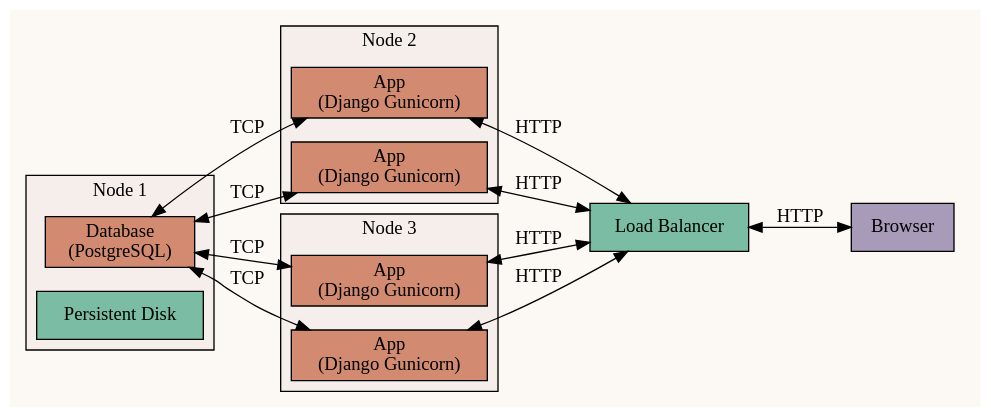
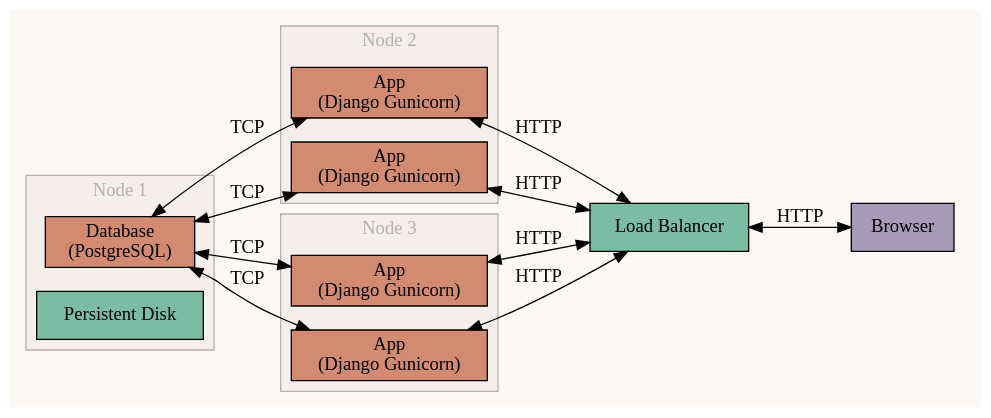
Before and after one commit to hnarayanan/harishnarayanan.org: the diagram in static/images/writing/kubernetes-django/scheduled-on-cluster.dot, drawn with Graphviz. The commit also changed 2 other files, not shown here.

```diff
--- a/static/images/writing/kubernetes-django/scheduled-on-cluster.dot
+++ b/static/images/writing/kubernetes-django/scheduled-on-cluster.dot
@@ -1,48 +1,56 @@
 digraph Kubernetes {
     bgcolor = "#fcf9f4";
     rankdir = LR;
-    node[shape=box, style=filled, fillcolor="#d28b71"];
+    node [shape=box, style=filled, fillcolor="#d28b71"];
 
     subgraph clusterClient {
         style = invis;
         browser [label="Browser", fillcolor="#a89bb9"];
     };
 
     subgraph clusterDatabaseServer {
         label = "Node 1";
+        fontcolor = "#b8afad";
+        color = "#b8afad";
         bgcolor = "#f5eeeb";
         database [label="Database\n(PostgreSQL)"];
-	persistentdisk [label="Persistent Disk", fillcolor="#7bbda4"]
+        persistentdisk [label="Persistent Disk", fillcolor="#7bbda4"]
     }
 
     subgraph clusterAppServer {
         label = "Node 2";
+        fontcolor = "#b8afad";
+        color = "#b8afad";
         bgcolor = "#f5eeeb";
         app [label="App\n(Django Gunicorn)"];
         app2 [label="App\n(Django Gunicorn)"];
+        color = "#b8afad";
     };
 
     subgraph clusterAppServer3 {
         label = "Node 3";
+        fontcolor = "#b8afad";
+        color = "#b8afad";
         bgcolor = "#f5eeeb";
         app3 [label="App\n(Django Gunicorn)"];
         app4 [label="App\n(Django Gunicorn)"];
+        color = "#b8afad";
     };
 
     webserver [label="Load Balancer", fillcolor="#7bbda4"];
 
     database -> app [label="TCP", dir="both"];
     app -> webserver [label="HTTP", dir="both"];
 
     database -> app2 [label="TCP", dir="both"];
     app2 -> webserver [label="HTTP", dir="both"];
 
     database -> app3 [label="TCP", dir="both"];
     app3 -> webserver [label="HTTP", dir="both"];
 
     database -> app4 [label="TCP", dir="both"];
     app4 -> webserver [label="HTTP", dir="both"];
 
     // assets -> webserver;
     webserver -> browser [label="HTTP", dir="both"];
 }
```
